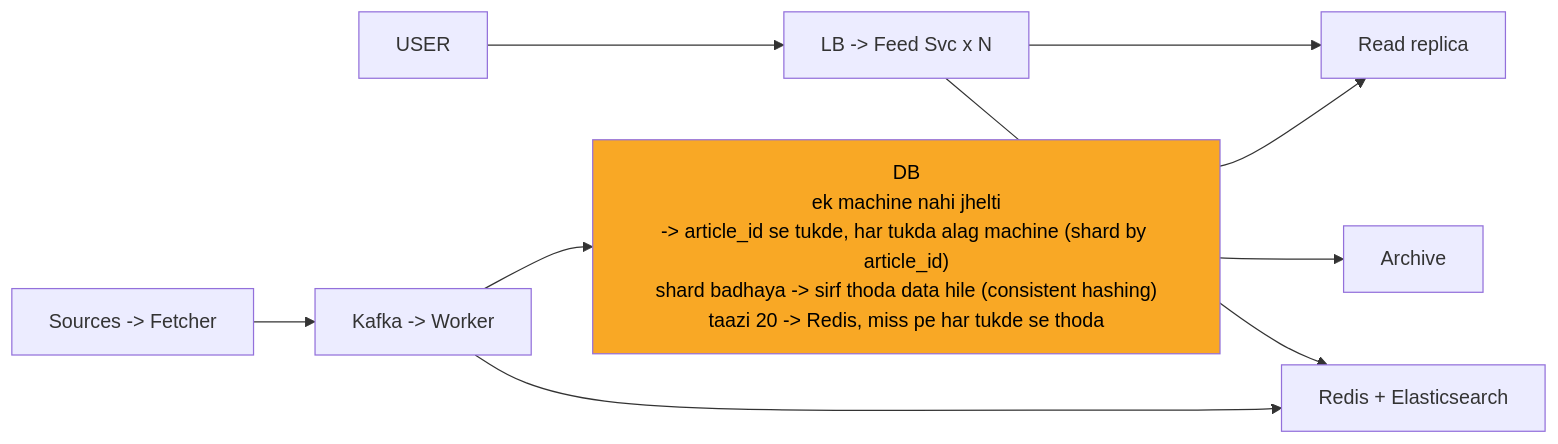
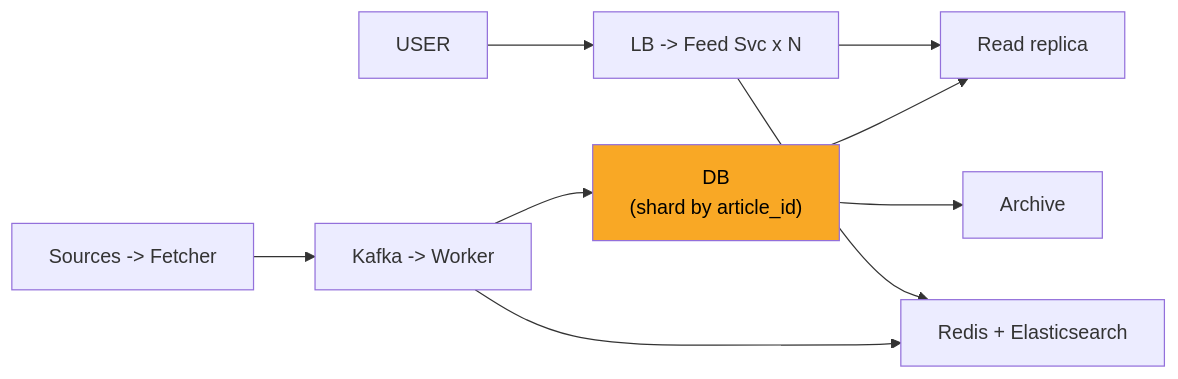
The diagram in 04_HLD/SYSTEM_DESIGNS/08_news_aggregator/img/c9.mmd (ArpanMaheshwari144/Prep), drawn with Mermaid before and after one commit. The commit also changed 36 other files, not shown here.

```diff
--- a/04_HLD/SYSTEM_DESIGNS/08_news_aggregator/img/c9.mmd
+++ b/04_HLD/SYSTEM_DESIGNS/08_news_aggregator/img/c9.mmd
@@ -1,19 +1,19 @@
 %%{init: {"flowchart": {"wrappingWidth": 450}}}%%
 flowchart LR
     n_USER["USER"]
     n_LF["LB -> Feed Svc x N"]
     n_RES["Redis + Elasticsearch"]
     n_Read_replica["Read replica"]
-    n_DB["DB<br/>ek machine nahi jhelti<br/>-> article_id se tukde, har tukda alag machine (shard by article_id)<br/>shard badhaya -> sirf thoda data hile (consistent hashing)<br/>taazi 20 -> Redis, miss pe har tukde se thoda"]
+    n_DB["DB<br/>(shard by article_id)"]
     n_Archive["Archive"]
     n_KW["Kafka -> Worker"]
     n_SF["Sources -> Fetcher"]
     n_USER --> n_LF
     n_LF --> n_RES
     n_LF --> n_Read_replica
     n_DB --> n_Read_replica
     n_DB --> n_Archive
     n_KW --> n_DB
     n_KW --> n_RES
     n_SF --> n_KW
     style n_DB fill:#f9a825,color:#000
```
